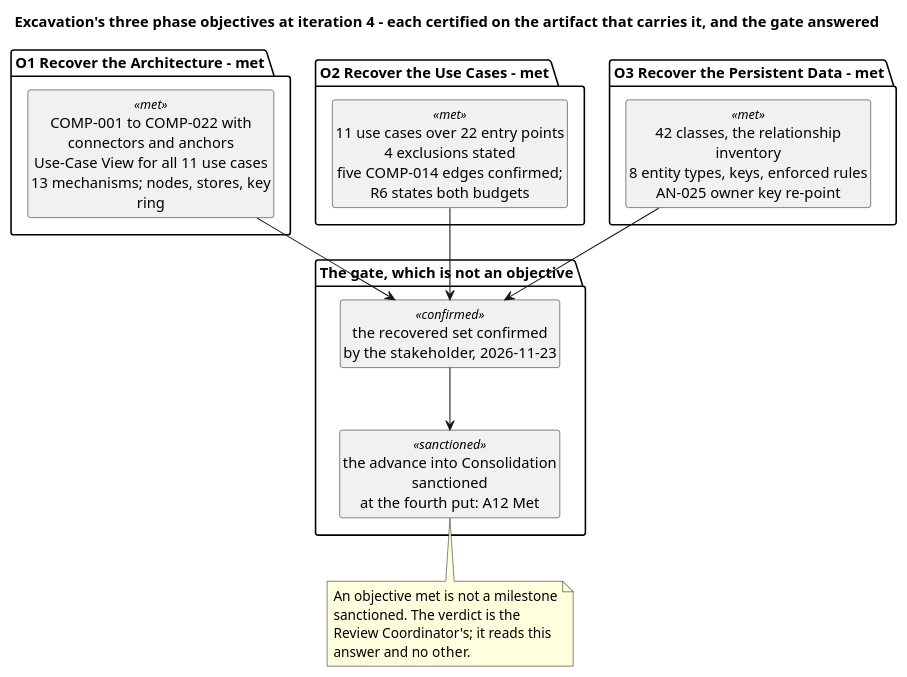
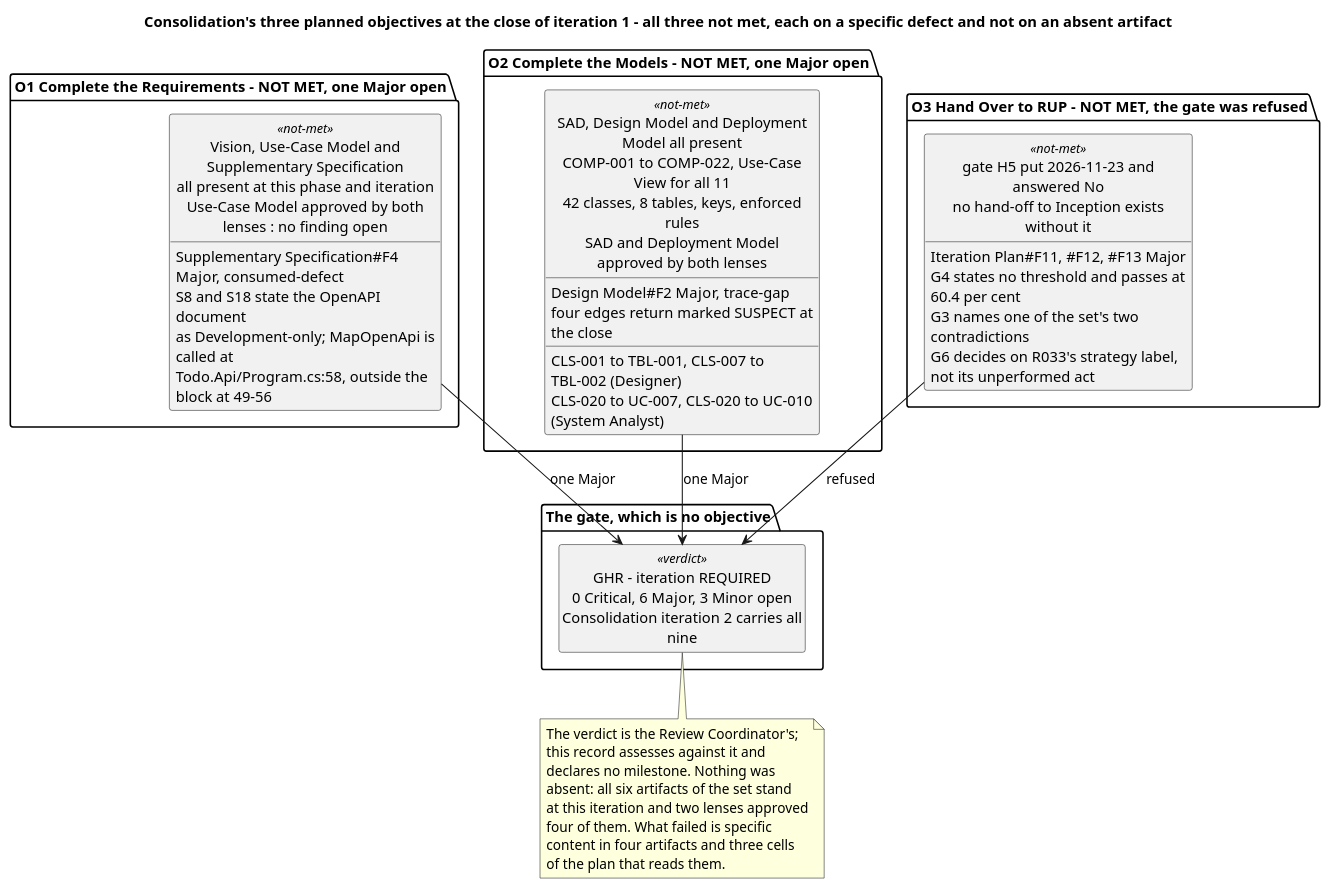
One commit to banense-test/TodoApp changed the first of 7 diagrams in docs/artifacts/project-management/iteration-assessment.md. Above: the diagram before and after it, drawn with PlantUML. The commit also changed other lines of this file, not shown here.

First line of the commit message:
Project Manager [Consolidation1]: upsert Iteration Assessment

````diff
--- a/docs/artifacts/project-management/iteration-assessment.md
+++ b/docs/artifacts/project-management/iteration-assessment.md
@@ -11,31 +11,50 @@
 ```plantuml
 @startuml
-title Excavation's three phase objectives at iteration 4 - each certified on the artifact that carries it, and the gate answered
+title Consolidation's three planned objectives at the close of iteration 1 - all three not met, each on a specific defect and not on an absent artifact
 skinparam shadowing false
-skinparam wrapWidth 235
+skinparam wrapWidth 250
 hide circle
 hide empty members
 
-package "O1 Recover the Architecture - met" {
-  class "COMP-001 to COMP-022 with connectors and anchors\nUse-Case View for all 11 use cases\n13 mechanisms; nodes, stores, key ring" as O1 <<met>>
+package "O1 Complete the Requirements - NOT MET, one Major open" {
+  class "Vision, Use-Case Model and Supplementary Specification\nall present at this phase and iteration\nUse-Case Model approved by both lenses : no finding open" as O1 <<not-met>> {
+    Supplementary Specification#F4 Major, consumed-defect
+    S8 and S18 state the OpenAPI document
+    as Development-only; MapOpenApi is called at
+    Todo.Api/Program.cs:58, outside the block at 49-56
+  }
 }
-package "O2 Recover the Use Cases - met" {
-  class "11 use cases over 22 entry points\n4 exclusions stated\nfive COMP-014 edges confirmed; R6 states both budgets" as O2 <<met>>
+
+package "O2 Complete the Models - NOT MET, one Major open" {
+  class "SAD, Design Model and Deployment Model all present\nCOMP-001 to COMP-022, Use-Case View for all 11\n42 classes, 8 tables, keys, enforced rules\nSAD and Deployment Model approved by both lenses" as O2 <<not-met>> {
+    Design Model#F2 Major, trace-gap
+    four edges return marked SUSPECT at the close
+    CLS-001 to TBL-001, CLS-007 to TBL-002 (Designer)
+    CLS-020 to UC-007, CLS-020 to UC-010 (System Analyst)
+  }
 }
-package "O3 Recover the Persistent Data - met" {
-  class "42 classes, the relationship inventory\n8 entity types, keys, enforced rules\nAN-025 owner key re-point" as O3 <<met>>
+
+package "O3 Hand Over to RUP - NOT MET, the gate was refused" {
+  class "gate H5 put 2026-11-23 and answered No\nno hand-off to Inception exists without it" as O3 <<not-met>> {
+    Iteration Plan#F11, #F12, #F13 Major
+    G4 states no threshold and passes at 60.4 per cent
+    G3 names one of the set's two contradictions
+    G6 decides on R033's strategy label, not its unperformed act
+  }
 }
-package "The gate, which is not an objective" {
-  class "the recovered set confirmed\nby the stakeholder, 2026-11-23" as CF <<confirmed>>
-  class "the advance into Consolidation sanctioned\nat the fourth put: A12 Met" as RF <<sanctioned>>
+
+package "The gate, which is no objective" {
+  class "GHR - iteration REQUIRED\n0 Critical, 6 Major, 3 Minor open\nConsolidation iteration 2 carries all nine" as CF <<verdict>>
 }
-O1 --> CF
-O2 --> CF
-O3 --> CF
-CF --> RF
-note bottom of RF
-  An objective met is not a milestone sanctioned. The verdict is the
-  Review Coordinator's; it reads this answer and no other.
+
+O1 --> CF : one Major
+O2 --> CF : one Major
+O3 --> CF : refused
+note bottom of CF
+  The verdict is the Review Coordinator's; this record assesses against it and
+  declares no milestone. Nothing was absent: all six artifacts of the set stand
+  at this iteration and two lenses approved four of them. What failed is specific
+  content in four artifacts and three cells of the plan that reads them.
 end note
 @enduml
 ```
````
